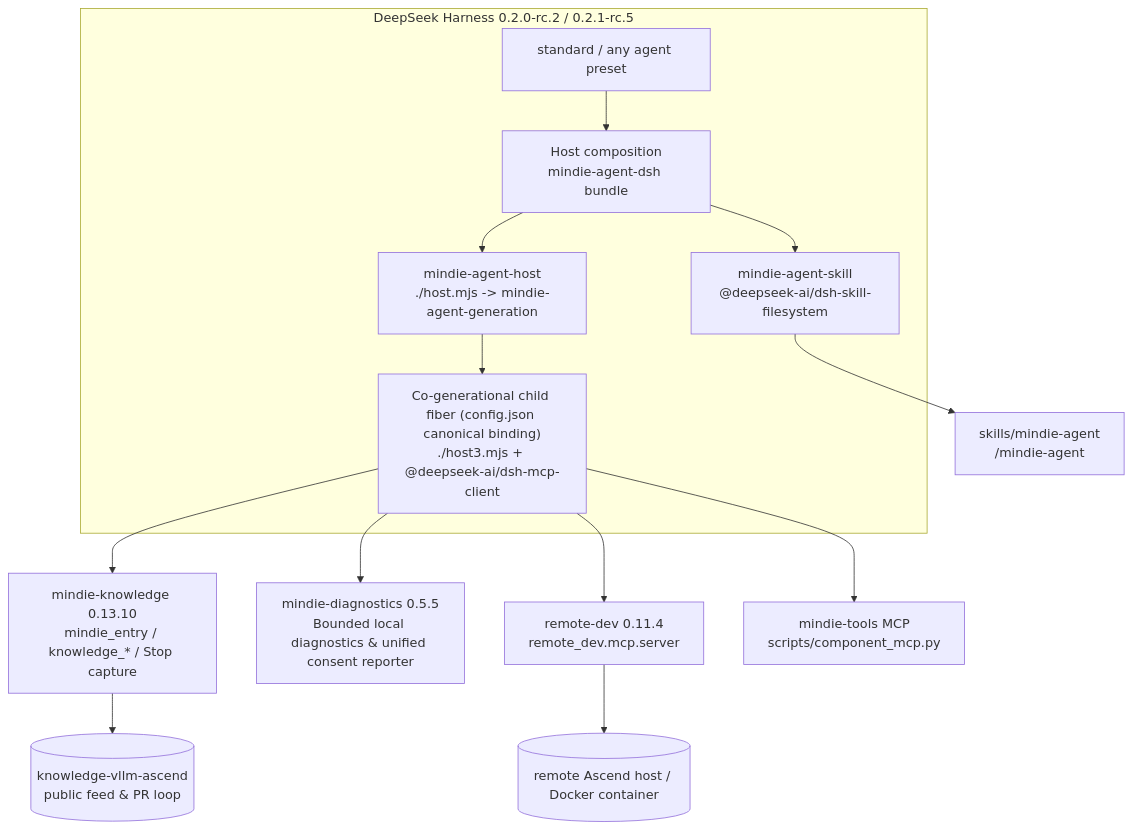
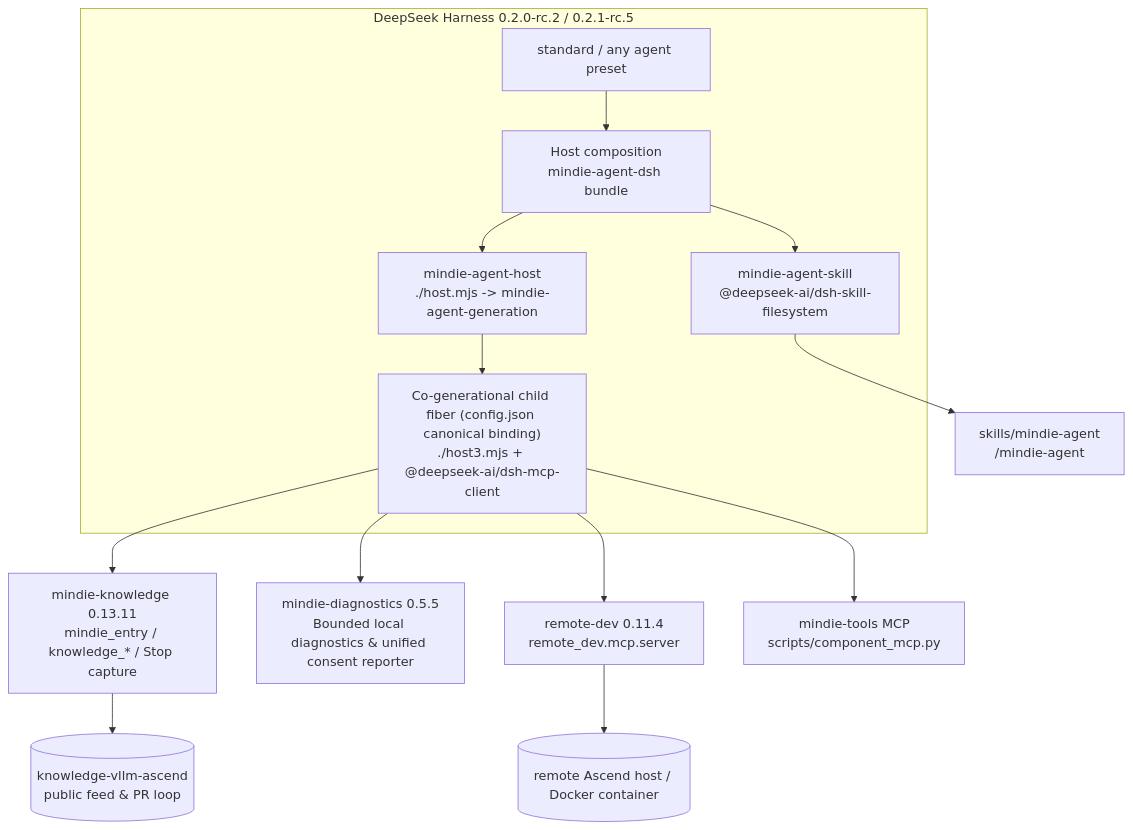
The diagram in README.en.md (mindie-agent/mindie-agent-dsh), drawn with Mermaid before and after one commit. The commit also changed other lines of this file and 11 other files, not shown here.

Commit message:
release: prepare mindie-agent-dsh 0.1.13 with mindie-knowledge 0.13.11 and mindie-sim 0.9.3

````diff
--- a/README.en.md
+++ b/README.en.md
@@ -133,21 +133,21 @@
 ```mermaid
 flowchart TB
   subgraph DSH["DeepSeek Harness 0.2.0-rc.2 / 0.2.1-rc.5"]
     HOST["Host composition<br/>mindie-agent-dsh bundle"]
     STD["standard / any agent preset"]
     SKILL["mindie-agent-skill<br/>@deepseek-ai/dsh-skill-filesystem"]
     HPLUG["mindie-agent-host<br/>./host.mjs -> mindie-agent-generation"]
     GEN["Co-generational child fiber (config.json canonical binding)<br/>./host3.mjs + @deepseek-ai/dsh-mcp-client"]
     STD --> HOST
     HOST --> SKILL
     HOST --> HPLUG
     HPLUG --> GEN
   end
   SKILL --> SK["skills/mindie-agent<br/>/mindie-agent"]
-  GEN --> KS["mindie-knowledge 0.13.10<br/>mindie_entry / knowledge_* / Stop capture"]
+  GEN --> KS["mindie-knowledge 0.13.11<br/>mindie_entry / knowledge_* / Stop capture"]
   GEN --> DIAG["mindie-diagnostics 0.5.5<br/>Bounded local diagnostics & unified consent reporter"]
   KS --> FEED[("knowledge-vllm-ascend<br/>public feed & PR loop")]
   GEN --> RD["remote-dev 0.11.4<br/>remote_dev.mcp.server"]
   GEN --> MT["mindie-tools MCP<br/>scripts/component_mcp.py"]
   RD --> NPU[("remote Ascend host / Docker container")]
 ```
````
